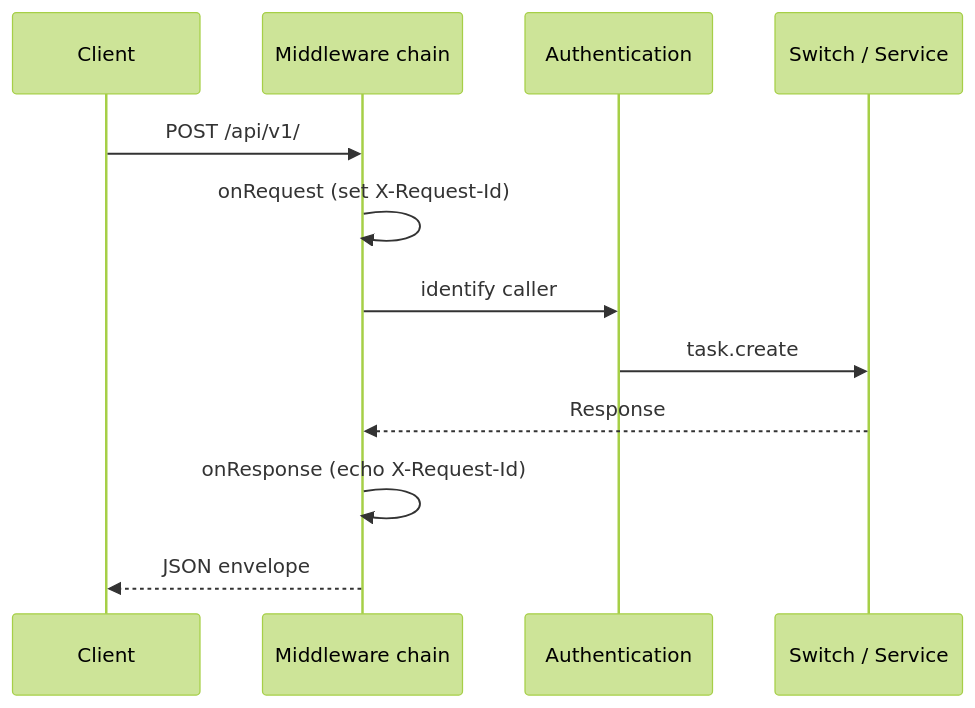
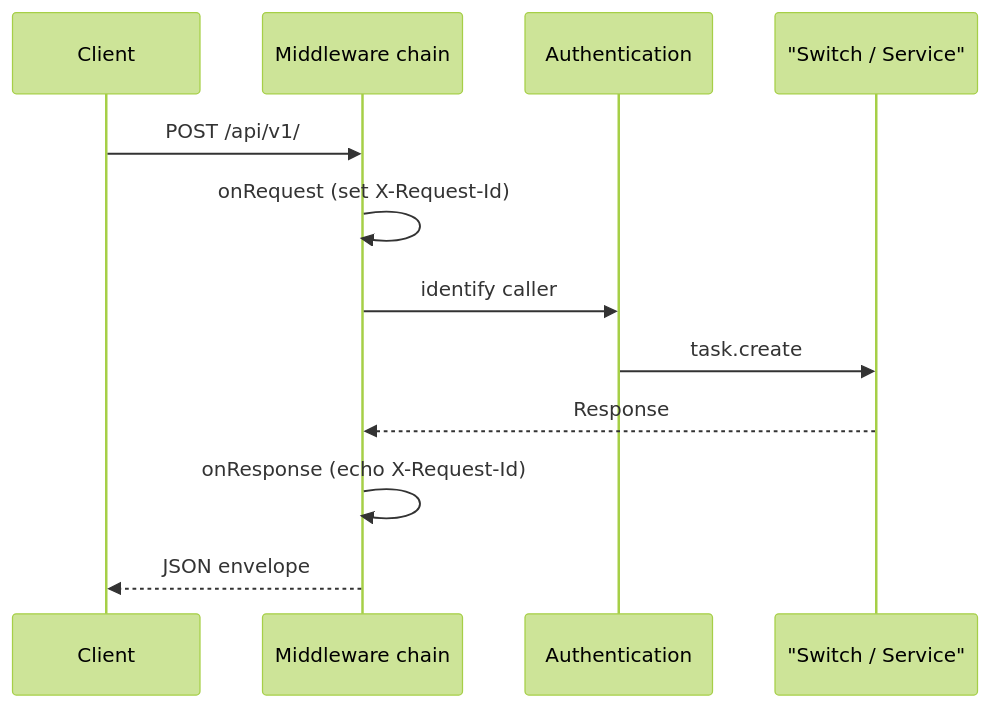
Before and after one commit to PioniaPHP-project/pionia-docs: the diagram in content/docs/documentation/http/middleware.md, drawn with Mermaid (forest theme). The commit also changed 155 other files, not shown here.

```diff
--- a/content/docs/documentation/http/middleware.md
+++ b/content/docs/documentation/http/middleware.md
@@ -33,14 +33,14 @@
 {{< mermaid >}}
 sequenceDiagram
   participant Client
   participant MW as Middleware chain
   participant Auth as Authentication
-  participant API as Switch / Service
+  participant API as "Switch / Service"
   Client->>MW: POST /api/v1/
   MW->>MW: onRequest (set X-Request-Id)
   MW->>Auth: identify caller
   Auth->>API: task.create
   API-->>MW: Response
   MW->>MW: onResponse (echo X-Request-Id)
   MW-->>Client: JSON envelope
 {{< /mermaid >}}
```
